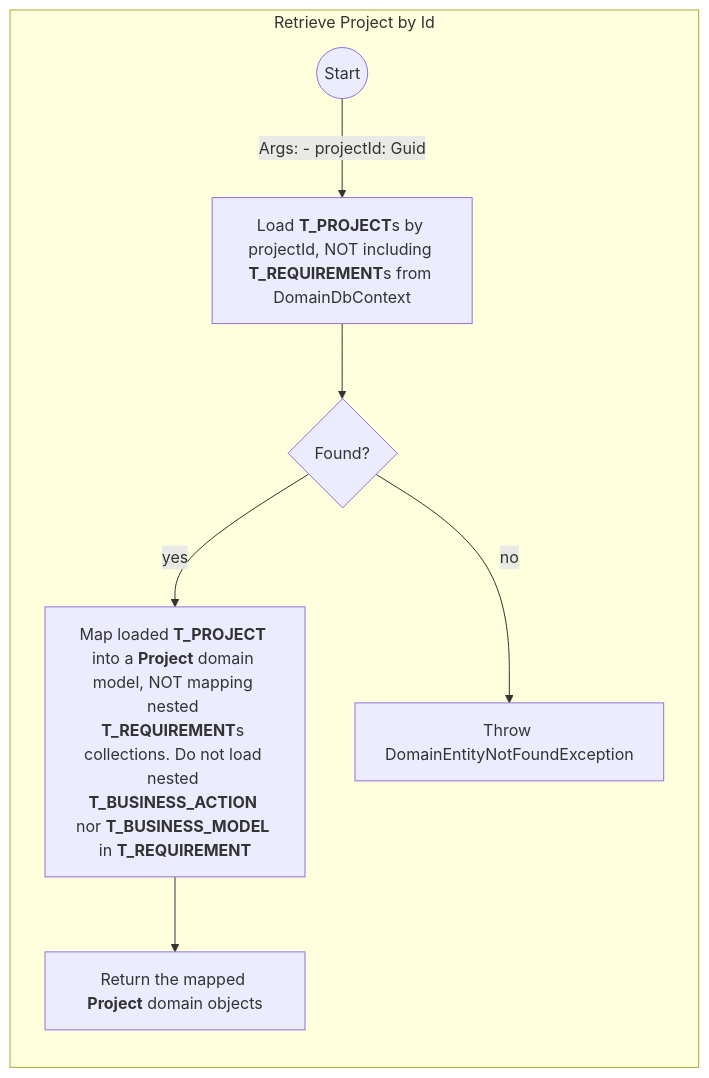
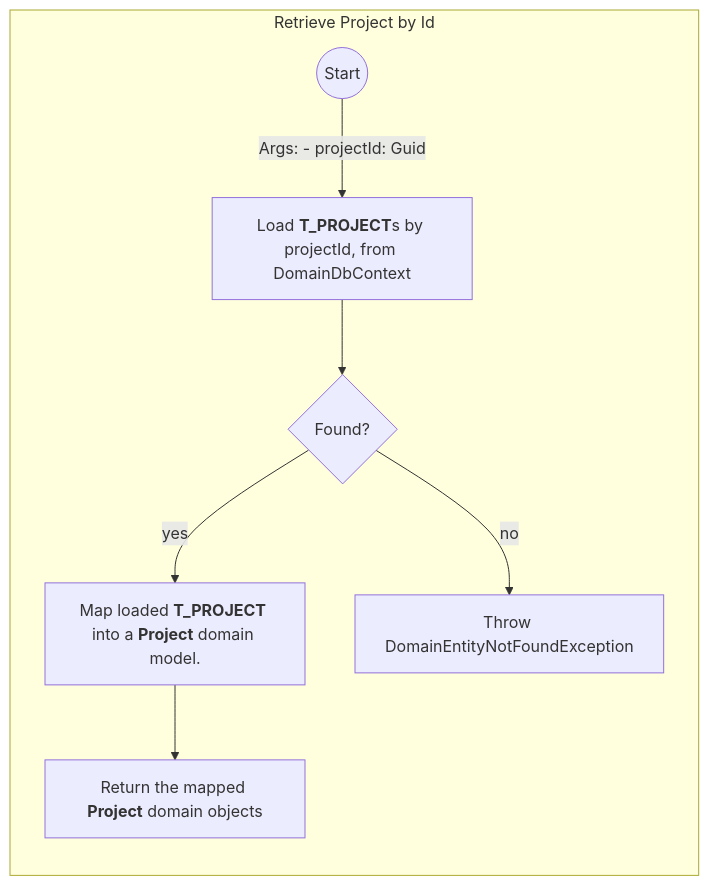
One commit to sdlfly2000/DomainBasedDesigner changed the third of 4 diagrams in AI/Repository/ProjectRepository.md. Above: the diagram before and after it, drawn with Mermaid. The commit also changed other lines of this file and 3 other files, not shown here.

````diff
--- a/AI/Repository/ProjectRepository.md
+++ b/AI/Repository/ProjectRepository.md
@@ -60,16 +60,18 @@
     ```mermaid
         graph TB
             subgraph main [Retrieve Project by Id]
                 direction TB
-                start(("Start")) --> 
-                |Args: - projectId: Guid | load["`Load **T_PROJECT**s by projectId, NOT including **T_REQUIREMENT**s from DomainDbContext`"] -->
+                start(("Start")) -->
 
+                %% Include referencing **T_REQUIREMENT**s  
+                |Args: - projectId: Guid | load["`Load **T_PROJECT**s by projectId, from DomainDbContext`"] -->
                 Exist{"Found?"} -->
 
-                |yes| map["`Map loaded **T_PROJECT** into a **Project** domain model, NOT mapping nested **T_REQUIREMENT**s collections. Do not load nested **T_BUSINESS_ACTION** nor **T_BUSINESS_MODEL** in **T_REQUIREMENT**`"]
+                %% Do NOT load nested **T_BUSINESS_ACTION** nor **T_BUSINESS_MODEL** in **T_REQUIREMENT** 
+                |yes| map["`Map loaded **T_PROJECT** into a **Project** domain model.`"]
 
                 map --> return["`Return the mapped **Project** domain objects`"]
 
                 Exist --> |no| ThrowException["Throw DomainEntityNotFoundException"]
             end
     ```
````
